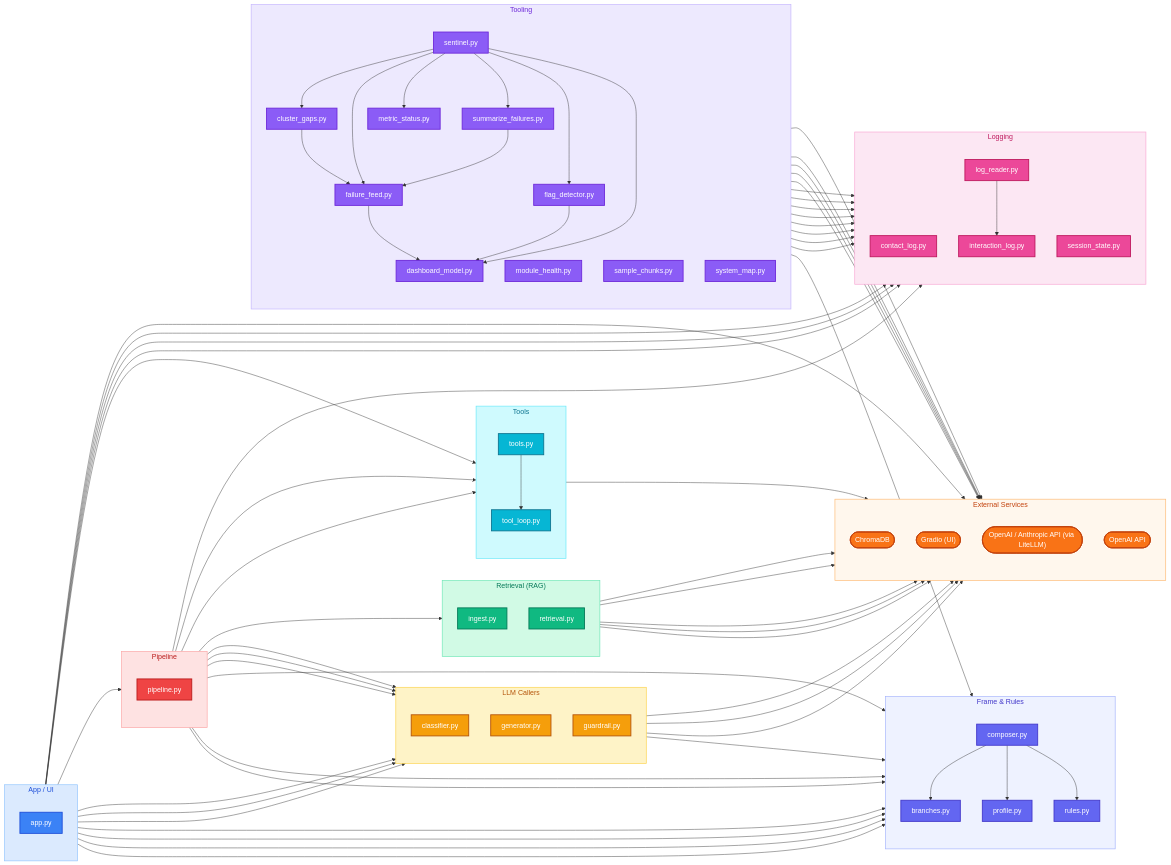
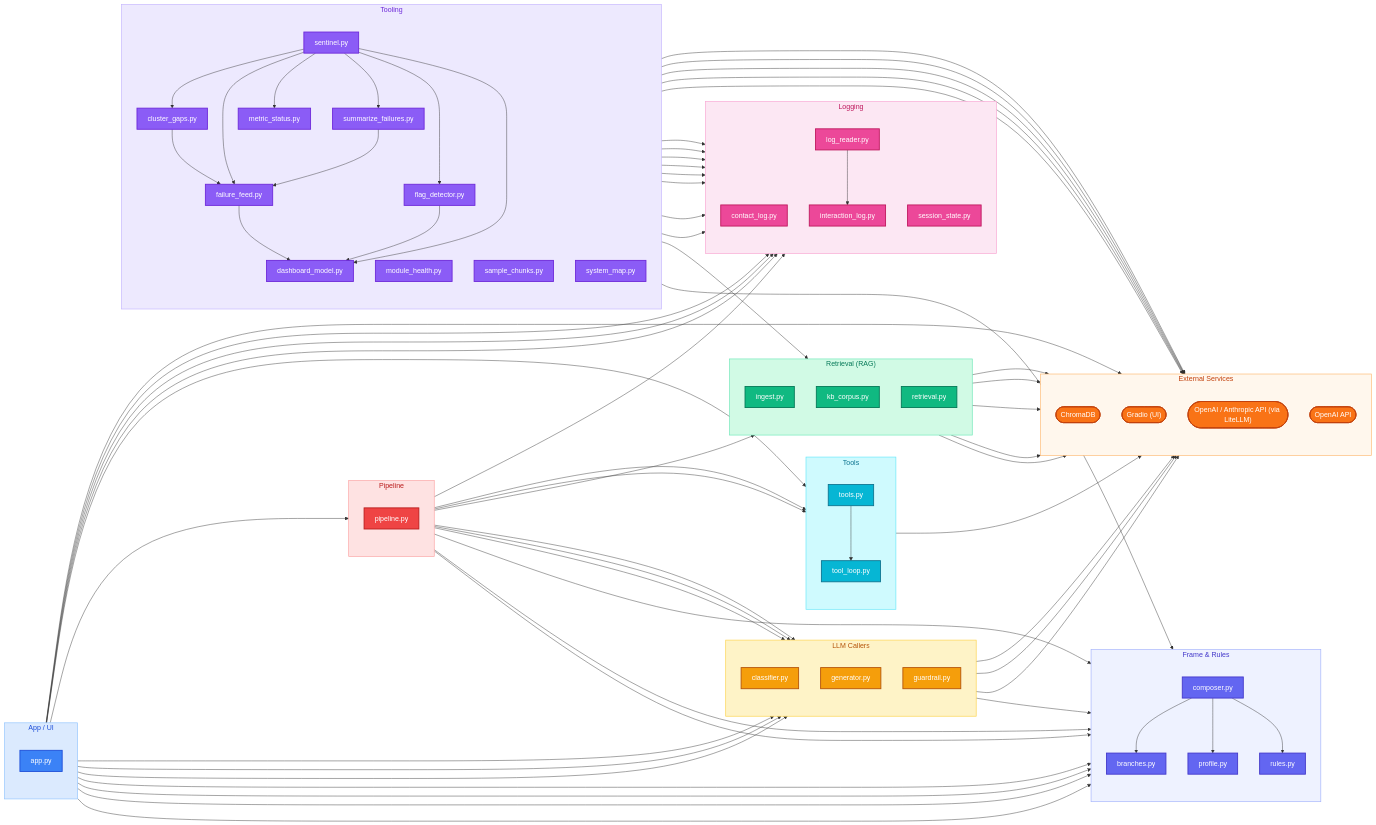
The second of 2 diagrams in docs/MAP.md (AlejandroFuentePinero/digital-twin), drawn with Mermaid before and after one commit. The commit also changed other lines of this file and 3 other files, not shown here.

```diff
--- a/docs/MAP.md
+++ b/docs/MAP.md
@@ -107,6 +107,7 @@
   subgraph sg_retrieval["Retrieval (RAG)"]
     direction TB
     ingest["ingest.py"]:::retrieval
+    kb_corpus["kb_corpus.py"]:::retrieval
     retrieval["retrieval.py"]:::retrieval
   end
 
@@ -198,6 +199,7 @@
   sentinel --> flag_detector
   sentinel --> failure_feed
   sentinel --> interaction_log
+  sentinel --> kb_corpus
   sentinel --> log_reader
   sentinel --> metric_status
   summarize_failures --> failure_feed
```
